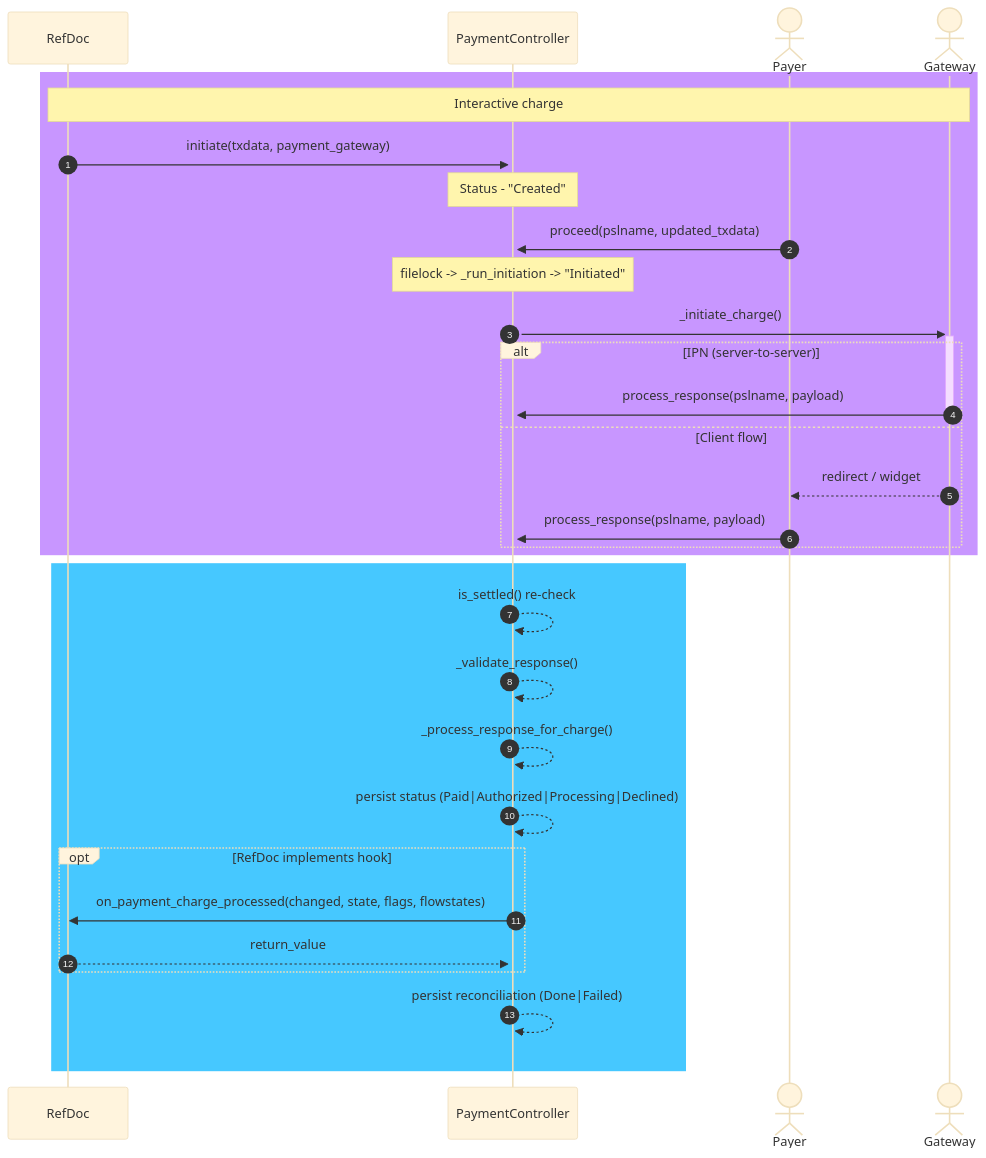
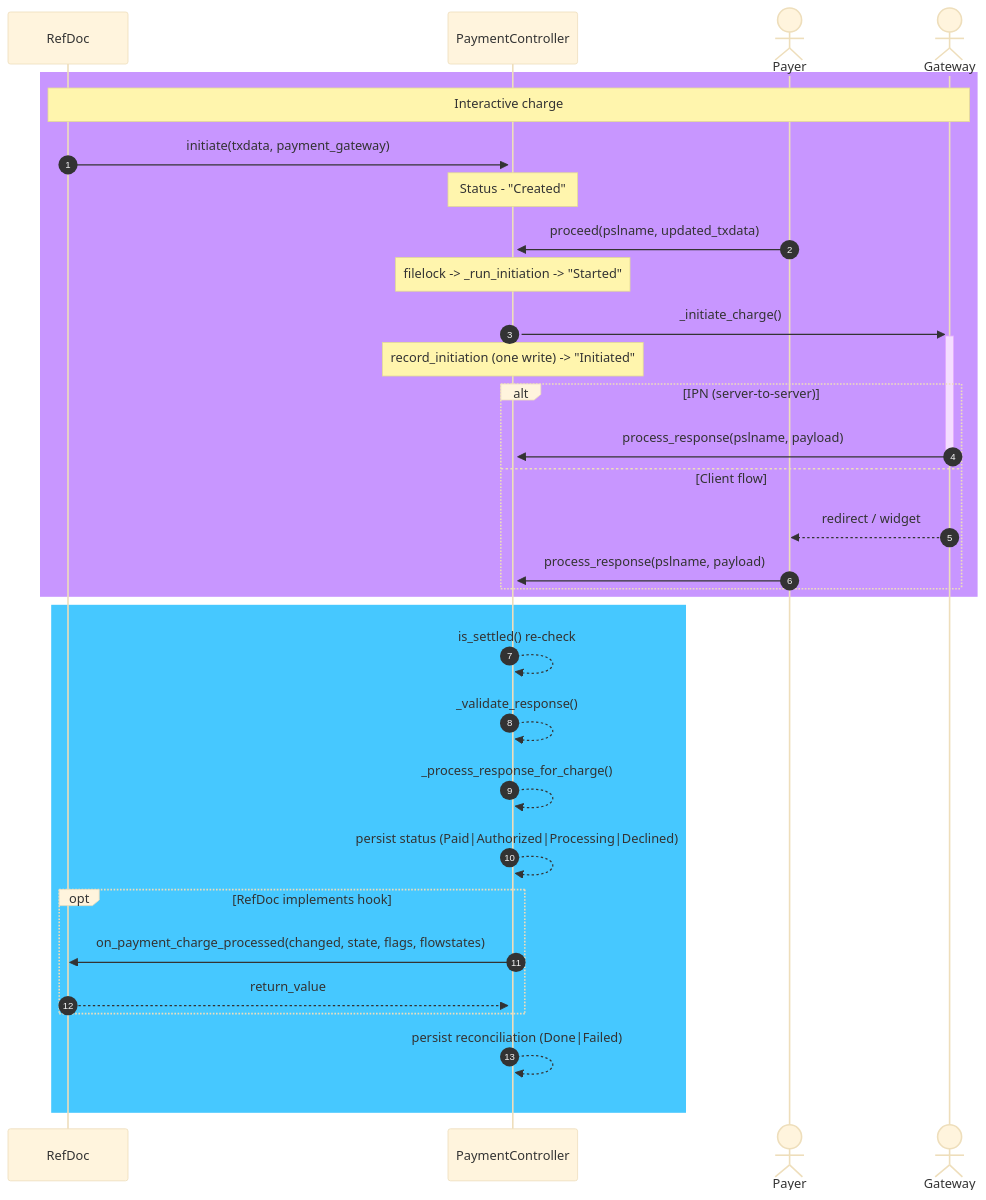
Before and after one commit to frappe/payments: the diagram in ARCHITECTURE.md, drawn with Mermaid (base theme). The commit also changed other lines of this file, not shown here.

````diff
--- a/ARCHITECTURE.md
+++ b/ARCHITECTURE.md
@@ -344,35 +425,36 @@
 ```mermaid
 sequenceDiagram
     participant RefDoc
     participant PaymentController
     actor Payer
     actor Gateway
     autonumber
 
     rect rgb(200, 150, 255)
     Note over RefDoc, Gateway: Interactive charge
     RefDoc->>+PaymentController: initiate(txdata, payment_gateway)
     Note over PaymentController: Status - "Created"
     Payer ->> PaymentController: proceed(pslname, updated_txdata)
-    Note over PaymentController: filelock -> _run_initiation -> "Initiated"
+    Note over PaymentController: filelock -> _run_initiation -> "Started"
     PaymentController->>+Gateway: _initiate_charge()
+    Note over PaymentController: record_initiation (one write) -> "Initiated"
     alt IPN (server-to-server)
         Gateway->>-PaymentController: process_response(pslname, payload)
     else Client flow
         Gateway-->>Payer: redirect / widget
         Payer->>PaymentController: process_response(pslname, payload)
     end
     end
 
     rect rgb(70, 200, 255)
     PaymentController -->> PaymentController: is_settled() re-check
     PaymentController -->> PaymentController: _validate_response()
     PaymentController -->> PaymentController: _process_response_for_charge()
     PaymentController -->> PaymentController: persist status (Paid|Authorized|Processing|Declined)
     opt RefDoc implements hook
     PaymentController ->> RefDoc: on_payment_charge_processed(changed, state, flags, flowstates)
     RefDoc-->>PaymentController: return_value
     end
     PaymentController -->> PaymentController: persist reconciliation (Done|Failed)
     end
 ```
````
